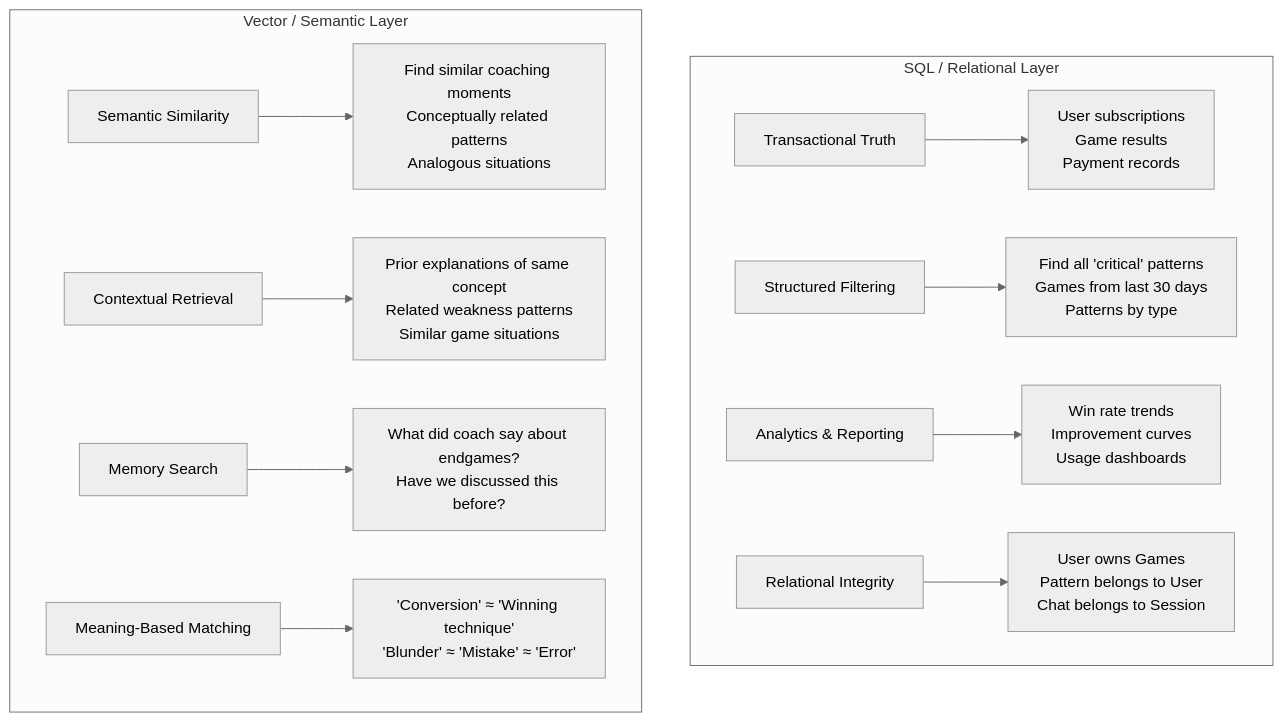
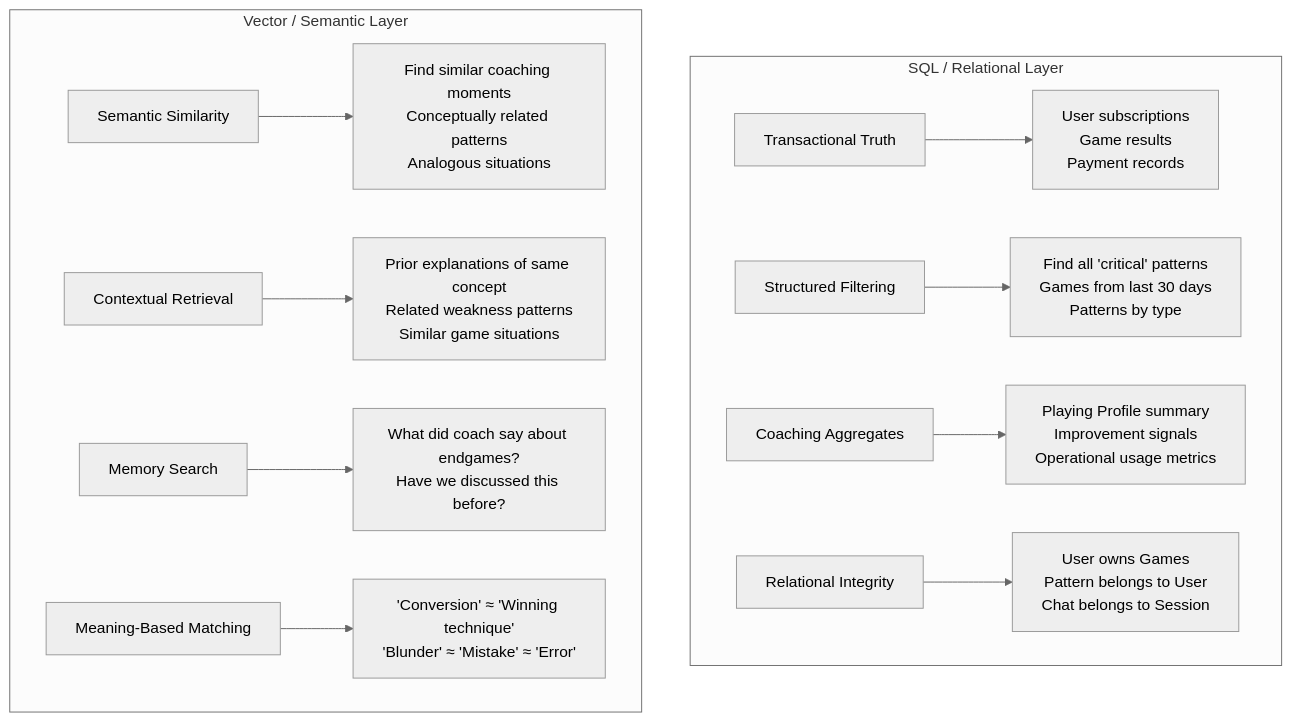
One commit to ArcnetLabs/chess-AI changed the sixth of 6 diagrams in docs/architecture/MEMORY_RETRIEVAL_CONTEXT_ARCHITECTURE.md. Above: the diagram before and after it, drawn with Mermaid (neutral theme). The commit also changed other lines of this file and 85 other files, not shown here.

````diff
--- a/docs/architecture/MEMORY_RETRIEVAL_CONTEXT_ARCHITECTURE.md
+++ b/docs/architecture/MEMORY_RETRIEVAL_CONTEXT_ARCHITECTURE.md
@@ -1235,26 +1237,26 @@
 ```mermaid
 flowchart TB
     subgraph SQLResponsibilities["SQL / Relational Layer"]
         TRANS[Transactional Truth]
         STRUCT[Structured Filtering]
-        ANALYTICS[Analytics & Reporting]
+        ANALYTICS[Coaching Aggregates]
         RELATIONS[Relational Integrity]
 
         TRANS --> EXAMPLES1["User subscriptions<br/>Game results<br/>Payment records"]
         STRUCT --> EXAMPLES2["Find all 'critical' patterns<br/>Games from last 30 days<br/>Patterns by type"]
-        ANALYTICS --> EXAMPLES3["Win rate trends<br/>Improvement curves<br/>Usage dashboards"]
+        ANALYTICS --> EXAMPLES3["Playing Profile summary<br/>Improvement signals<br/>Operational usage metrics"]
         RELATIONS --> EXAMPLES4["User owns Games<br/>Pattern belongs to User<br/>Chat belongs to Session"]
     end
 
     subgraph VectorResponsibilities["Vector / Semantic Layer"]
         SEMANTIC[Semantic Similarity]
         CONTEXT[Contextual Retrieval]
         MEMORY[Memory Search]
         MEANING[Meaning-Based Matching]
 
         SEMANTIC --> EXAMPLES5["Find similar coaching moments<br/>Conceptually related patterns<br/>Analogous situations"]
         CONTEXT --> EXAMPLES6["Prior explanations of same concept<br/>Related weakness patterns<br/>Similar game situations"]
         MEMORY --> EXAMPLES7["What did coach say about endgames?<br/>Have we discussed this before?"]
         MEANING --> EXAMPLES8["'Conversion' ≈ 'Winning technique'<br/>'Blunder' ≈ 'Mistake' ≈ 'Error'"]
     end
 ```
````
